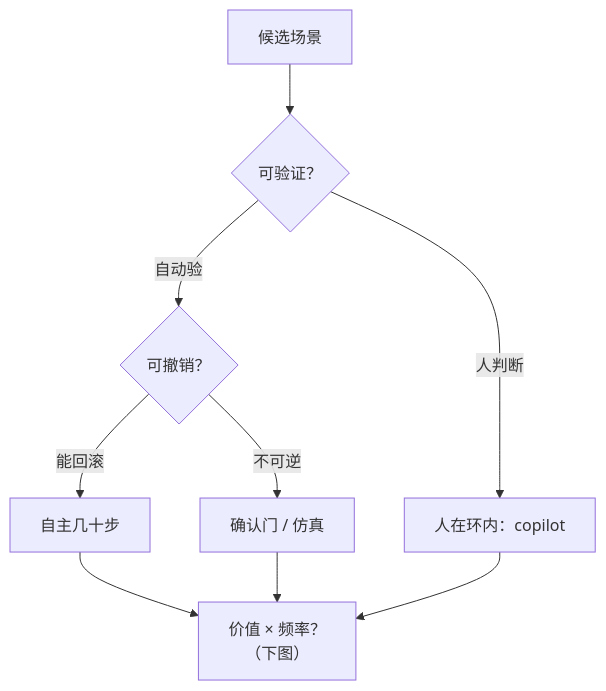
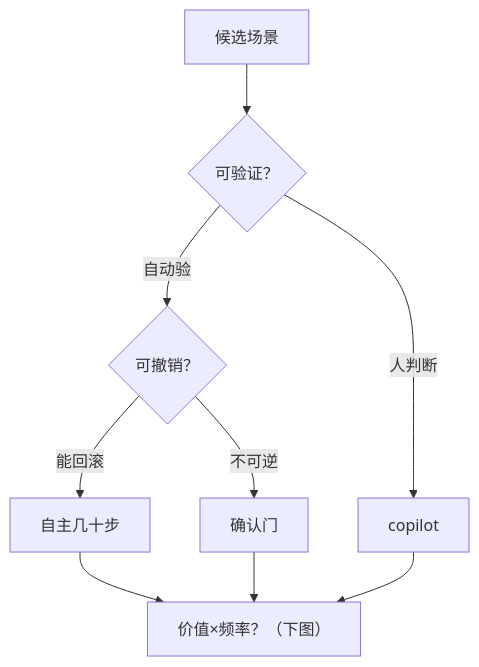
One commit to arganzheng/arganzheng.github.com changed the second of 6 diagrams in slides/2026-11-20-product-and-experience.md. Above: the diagram before and after it, drawn with Mermaid. The commit also changed other lines of this file, not shown here.

````diff
--- a/slides/2026-11-20-product-and-experience.md
+++ b/slides/2026-11-20-product-and-experience.md
@@ -41,11 +41,11 @@
 ```mermaid
 %%{init: {"flowchart": {"wrappingWidth": 480}}}%%
 flowchart TB
     S["候选场景"] --> D1{"可验证？"}
     D1 -- "自动验" --> D2{"可撤销？"}
-    D1 -- "人判断" --> H["人在环内：copilot"]
+    D1 -- "人判断" --> H["copilot"]
     D2 -- "能回滚" --> AUTO["自主几十步"]
-    D2 -- "不可逆" --> GATE["确认门 / 仿真"]
-    AUTO & H & GATE --> W["价值 × 频率？<br/>（下图）"]
+    D2 -- "不可逆" --> GATE["确认门"]
+    AUTO & H & GATE --> W["价值×频率？（下图）"]
 
 ```
````
